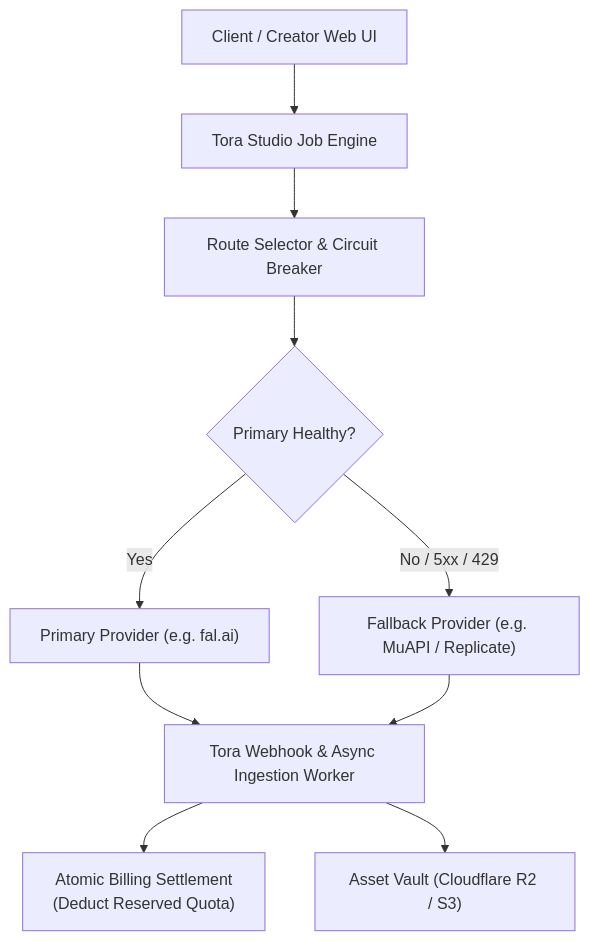
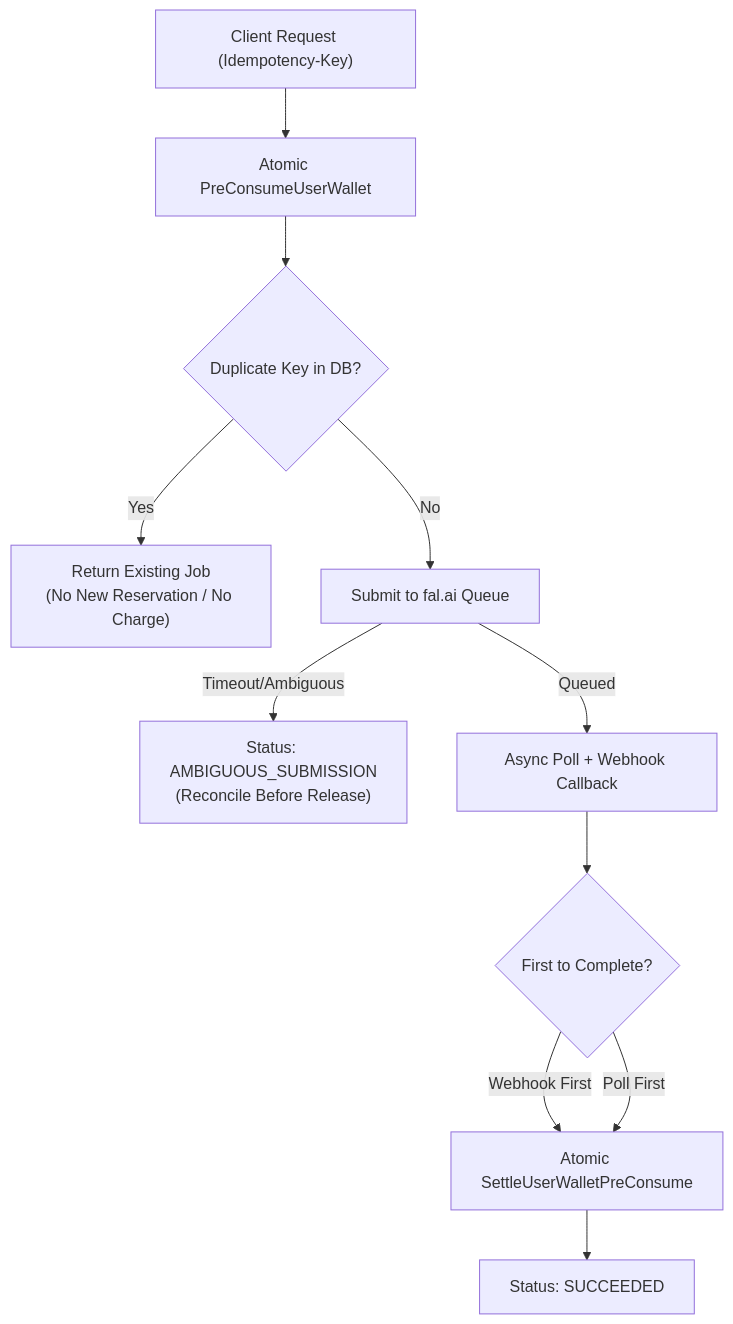
One commit to createrwebs/new-api changed the diagram in docs/ai/TORA_STUDIO_PROVIDER_MATRIX.md. Above: the diagram before and after it, drawn with Mermaid. The commit also changed other lines of this file and 10 other files, not shown here.

Commit message:
feat(studio): complete Queue 2 fal canary protocol and wallet verification

````diff
--- a/docs/ai/TORA_STUDIO_PROVIDER_MATRIX.md
+++ b/docs/ai/TORA_STUDIO_PROVIDER_MATRIX.md
@@ -44,15 +117,13 @@
 ```mermaid
 flowchart TD
-    Client["Client / Creator Web UI"] --> ToraStudioAPI["Tora Studio Job Engine"]
-    ToraStudioAPI --> RouteSelector["Route Selector & Circuit Breaker"]
-
-    RouteSelector --> PrimaryProvider{"Primary Healthy?"}
-    PrimaryProvider -- Yes --> ProviderA["Primary Provider (e.g. fal.ai)"]
-    PrimaryProvider -- No / 5xx / 429 --> ProviderB["Fallback Provider (e.g. MuAPI / Replicate)"]
-
-    ProviderA --> WebhookReceiver["Tora Webhook & Async Ingestion Worker"]
-    ProviderB --> WebhookReceiver
-
-    WebhookReceiver --> SettleBilling["Atomic Billing Settlement<br/>(Deduct Reserved Quota)"]
-    WebhookReceiver --> AssetStore["Asset Vault (Cloudflare R2 / S3)"]
+    Client["Client Request (Idempotency-Key)"] --> QuotaCheck["Atomic PreConsumeUserWallet"]
+    QuotaCheck --> CheckDB{"Duplicate Key in DB?"}
+    CheckDB -- Yes --> ReturnExisting["Return Existing Job<br/>(No New Reservation / No Charge)"]
+    CheckDB -- No --> ProviderSubmit["Submit to fal.ai Queue"]
+    ProviderSubmit -- Timeout/Ambiguous --> HoldReservation["Status: AMBIGUOUS_SUBMISSION<br/>(Reconcile Before Release)"]
+    ProviderSubmit -- Queued --> DispatchPollWebhook["Async Poll + Webhook Callback"]
+    DispatchPollWebhook --> FirstTerminal{"First to Complete?"}
+    FirstTerminal -- Webhook First --> SettleQuota["Atomic SettleUserWalletPreConsume"]
+    FirstTerminal -- Poll First --> SettleQuota
+    SettleQuota --> MarkSucceeded["Status: SUCCEEDED"]
 ```
````
